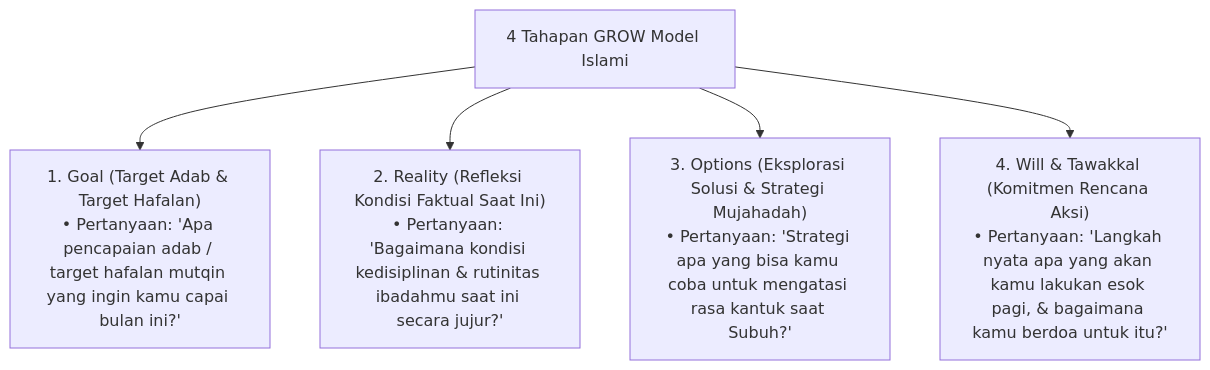
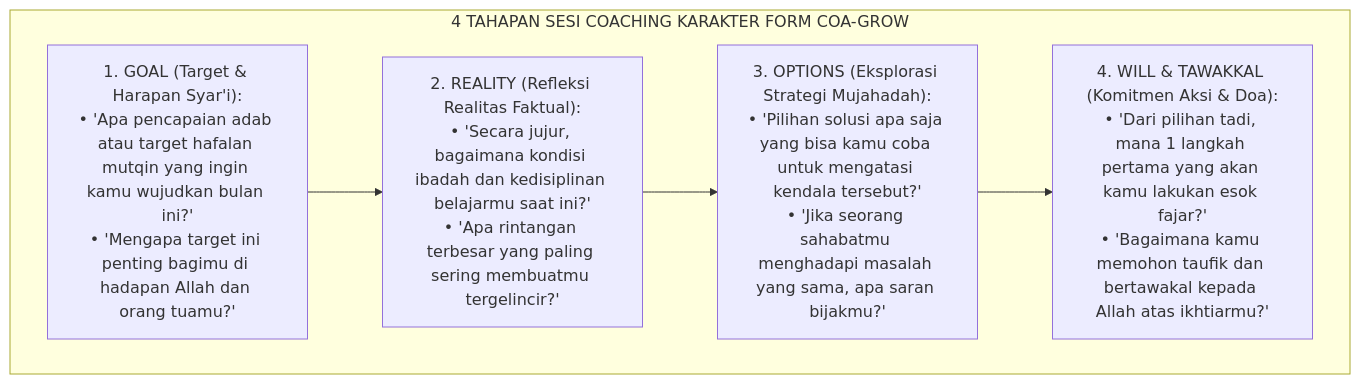
The second of 2 diagrams in 08 Integrated Approaches/04 Coaching/P8-04-01-Metodologi-Coaching-Karakter-GROW-Model-Islami.md (wandiapriliyandi/tumbuh), drawn with Mermaid before and after one commit. The commit also changed other lines of this file and 3 other files, not shown here.

````diff
--- a/08 Integrated Approaches/04 Coaching/P8-04-01-Metodologi-Coaching-Karakter-GROW-Model-Islami.md
+++ b/08 Integrated Approaches/04 Coaching/P8-04-01-Metodologi-Coaching-Karakter-GROW-Model-Islami.md
@@ -14,8 +42,10 @@
 ```mermaid
-graph TD
-    GROWModelSteps["4 Tahapan GROW Model Islami"]
-    GROWModelSteps --> G_Goal["1. Goal (Target Adab & Target Hafalan)<br/>• Pertanyaan: 'Apa pencapaian adab / target hafalan mutqin yang ingin kamu capai bulan ini?'"]
-    GROWModelSteps --> R_Reality["2. Reality (Refleksi Kondisi Faktual Saat Ini)<br/>• Pertanyaan: 'Bagaimana kondisi kedisiplinan & rutinitas ibadahmu saat ini secara jujur?'"]
-    GROWModelSteps --> O_Options["3. Options (Eksplorasi Solusi & Strategi Mujahadah)<br/>• Pertanyaan: 'Strategi apa yang bisa kamu coba untuk mengatasi rasa kantuk saat Subuh?'"]
-    GROWModelSteps --> W_Will["4. Will & Tawakkal (Komitmen Rencana Aksi)<br/>• Pertanyaan: 'Langkah nyata apa yang akan kamu lakukan esok pagi, & bagaimana kamu berdoa untuk itu?'"]
+flowchart TD
+    subgraph GROWSteps["4 TAHAPAN SESI COACHING KARAKTER FORM COA-GROW"]
+        G["1. GOAL (Target & Harapan Syar'i):<br/>• 'Apa pencapaian adab atau target hafalan mutqin yang ingin kamu wujudkan bulan ini?'<br/>• 'Mengapa target ini penting bagimu di hadapan Allah dan orang tuamu?'"]
+        R["2. REALITY (Refleksi Realitas Faktual):<br/>• 'Secara jujur, bagaimana kondisi ibadah dan kedisiplinan belajarmu saat ini?'<br/>• 'Apa rintangan terbesar yang paling sering membuatmu tergelincir?'"]
+        O["3. OPTIONS (Eksplorasi Strategi Mujahadah):<br/>• 'Pilihan solusi apa saja yang bisa kamu coba untuk mengatasi kendala tersebut?'<br/>• 'Jika seorang sahabatmu menghadapi masalah yang sama, apa saran bijakmu?'"]
+        W["4. WILL & TAWAKKAL (Komitmen Aksi & Doa):<br/>• 'Dari pilihan tadi, mana 1 langkah pertama yang akan kamu lakukan esok fajar?'<br/>• 'Bagaimana kamu memohon taufik dan bertawakal kepada Allah atas ikhtiarmu?'"]
+        G --> R --> O --> W
+    end
 ```
````
